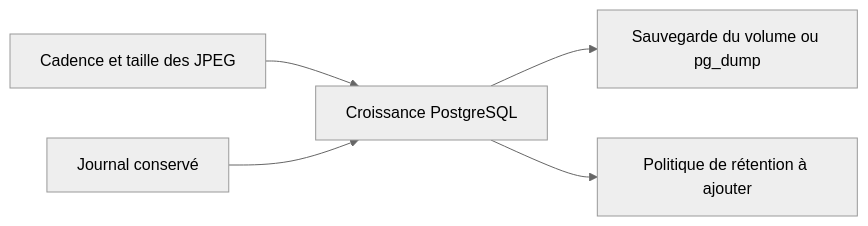
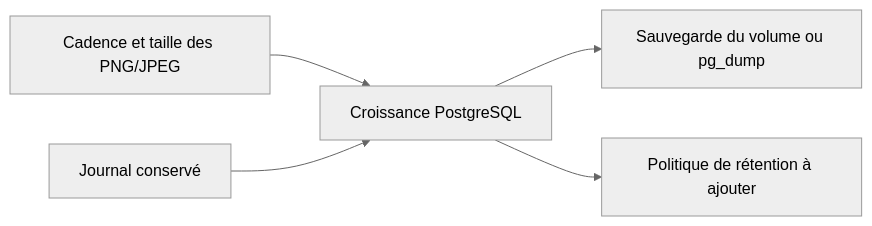
The seventh of 7 diagrams in docs/05-installation-et-exploitation.md (Mindsept/Looki--Vision), drawn with Mermaid (neutral theme) before and after one commit. The commit also changed other lines of this file and 56 other files, not shown here.

````diff
--- a/docs/05-installation-et-exploitation.md
+++ b/docs/05-installation-et-exploitation.md
@@ -373,7 +373,7 @@
 ```mermaid
 flowchart LR
-    Images[Cadence et taille des JPEG] --> Volume[Croissance PostgreSQL]
+    Images[Cadence et taille des PNG/JPEG] --> Volume[Croissance PostgreSQL]
     Events[Journal conservé] --> Volume
     Volume --> Backup[Sauvegarde du volume ou pg_dump]
     Volume --> Retention[Politique de rétention à ajouter]
 ```
````
